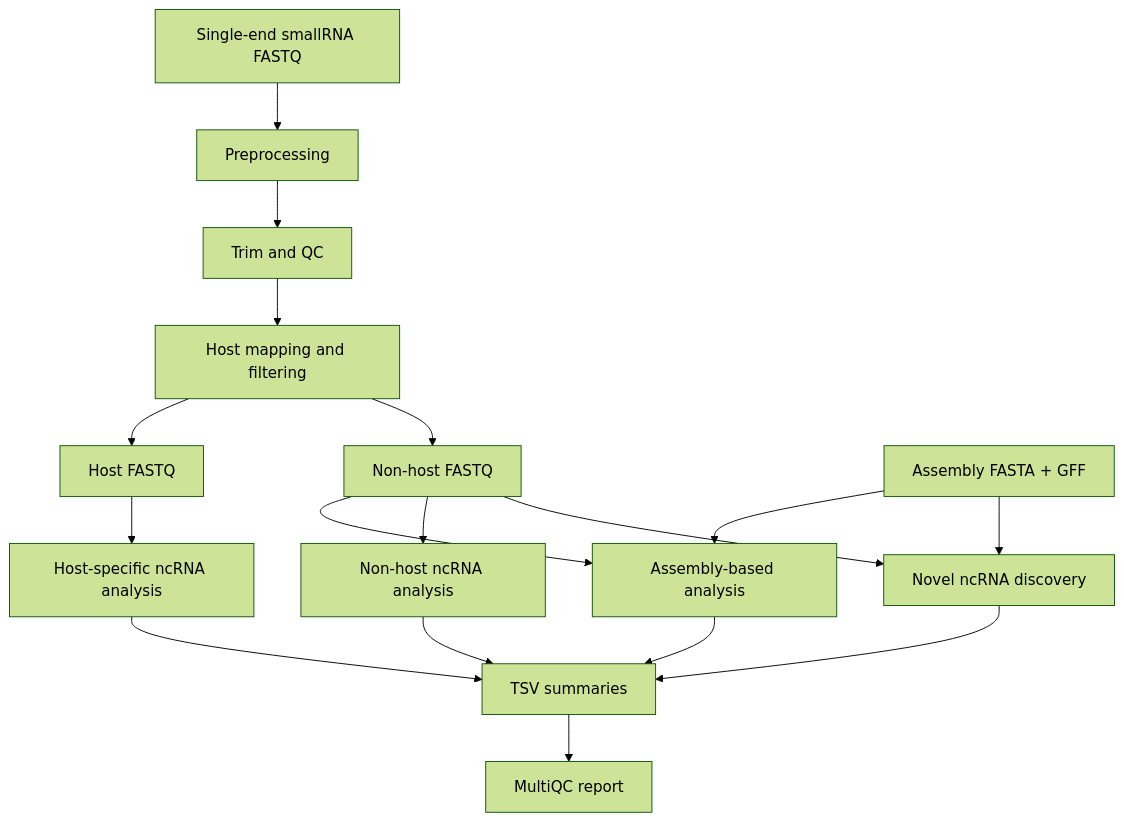
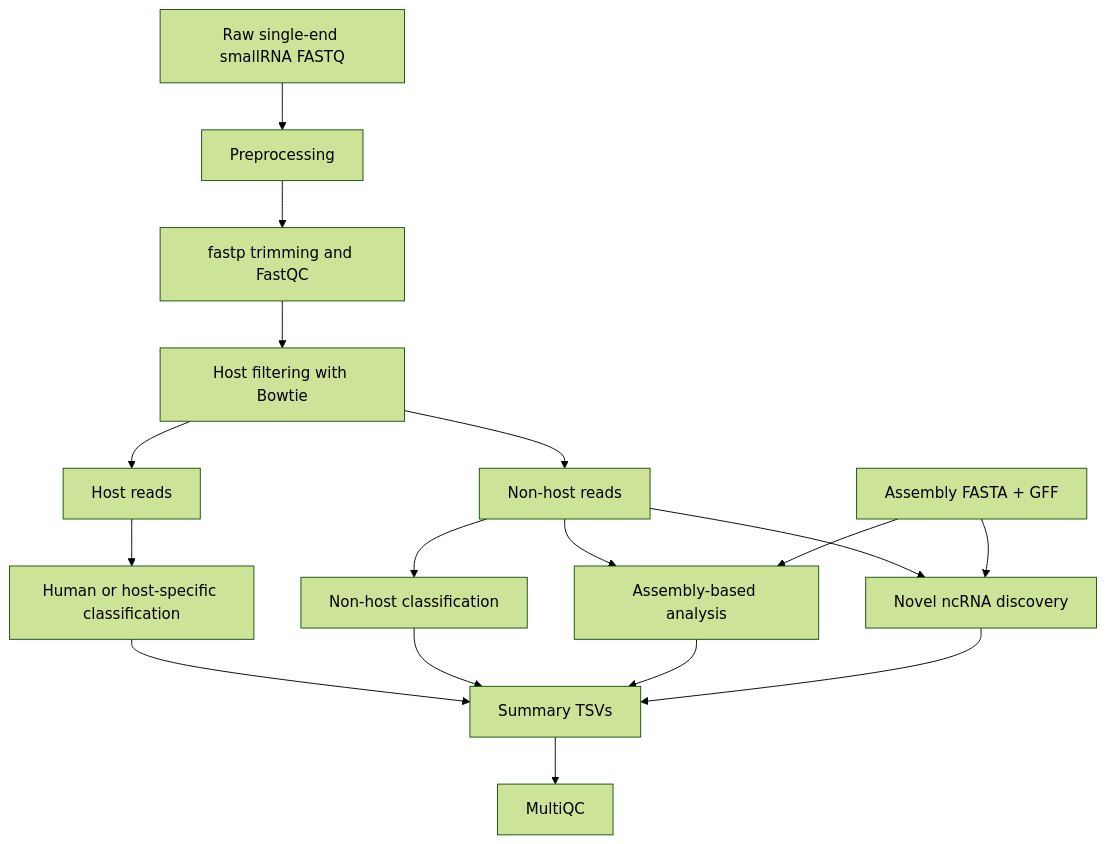
The diagram in docs/workflow.md (genomeanalysislcsb/sRNA-IMP), drawn with Mermaid (forest theme) before and after one commit. The commit also changed other lines of this file and 13 other files, not shown here.

````diff
--- a/docs/workflow.md
+++ b/docs/workflow.md
@@ -3,19 +3,19 @@
 ```mermaid
 flowchart TD
-    A[Single-end smallRNA FASTQ] --> B[Preprocessing]
-    B --> C[Trim and QC]
-    C --> D[Host mapping and filtering]
-    D --> E[Host FASTQ]
-    D --> F[Non-host FASTQ]
-    F --> G[Assembly-based analysis]
-    E --> H[Host-specific ncRNA analysis]
-    F --> I[Non-host ncRNA analysis]
+    A[Raw single-end smallRNA FASTQ] --> B[Preprocessing]
+    B --> C[fastp trimming and FastQC]
+    C --> D[Host filtering with Bowtie]
+    D --> E[Host reads]
+    D --> F[Non-host reads]
+    E --> G[Human or host-specific classification]
+    F --> H[Non-host classification]
+    F --> I[Assembly-based analysis]
     F --> J[Novel ncRNA discovery]
-    K[Assembly FASTA + GFF] --> G
+    K[Assembly FASTA + GFF] --> I
     K --> J
-    G --> L[TSV summaries]
+    G --> L[Summary TSVs]
     H --> L
     I --> L
     J --> L
-    L --> M[MultiQC report]
+    L --> M[MultiQC]
 ```
````
